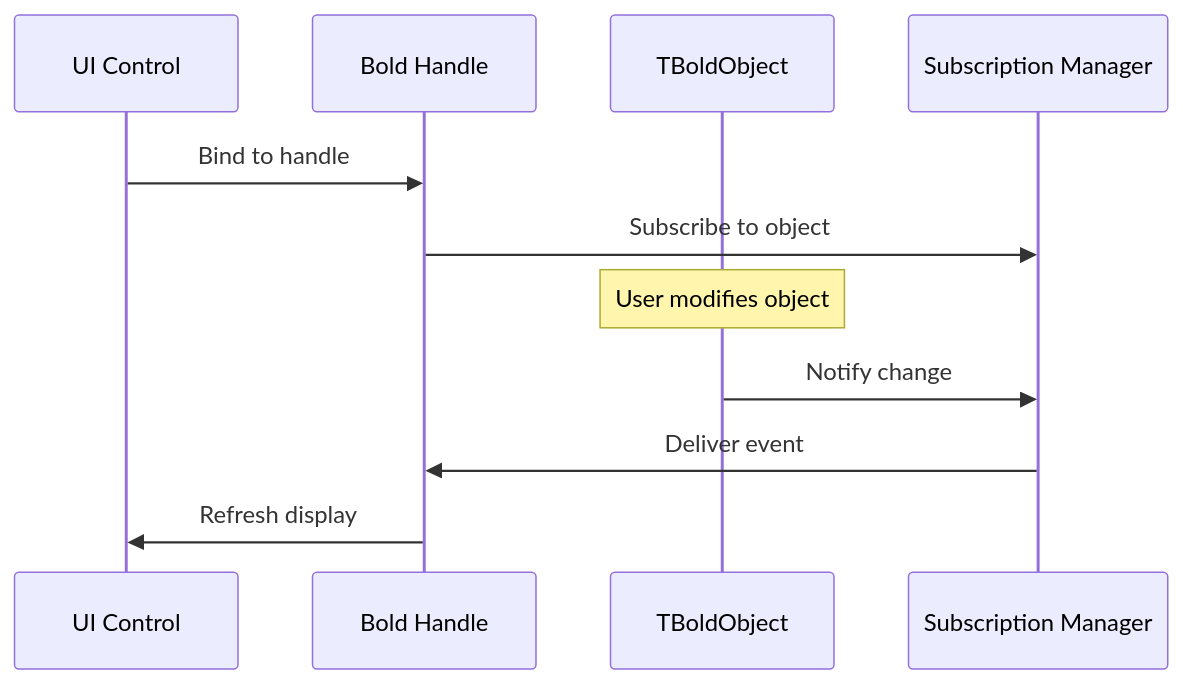
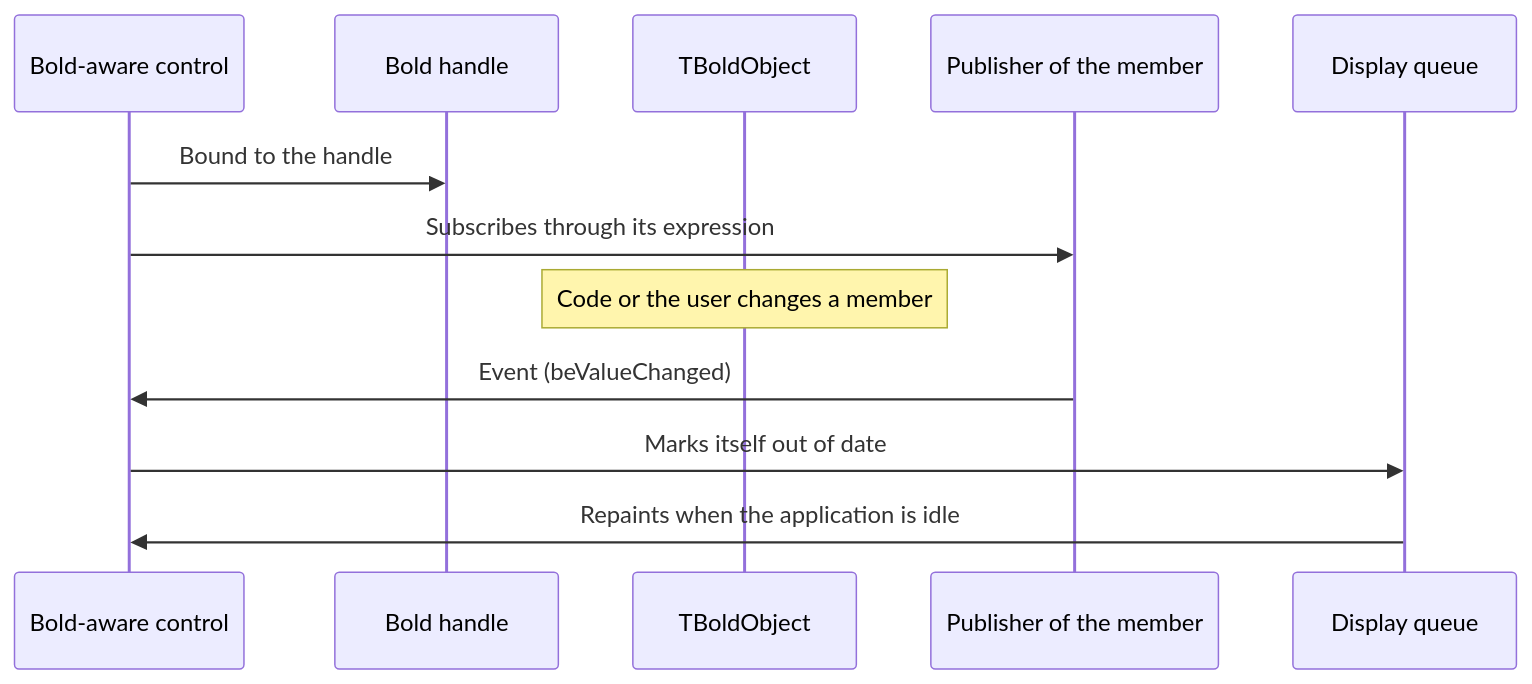
The first of 2 diagrams in docs/concepts/subscriptions.md (bero/BoldForDelphi), drawn with Mermaid before and after one commit. The commit also changed other lines of this file and 43 other files, not shown here.

````diff
--- a/docs/concepts/subscriptions.md
+++ b/docs/concepts/subscriptions.md
@@ -7,14 +11,15 @@
 ```mermaid
 sequenceDiagram
-    participant UI as UI Control
-    participant Handle as Bold Handle
+    participant UI as Bold-aware control
+    participant Handle as Bold handle
     participant Object as TBoldObject
-    participant Sub as Subscription Manager
+    participant Pub as Publisher of the member
+    participant Queue as Display queue
 
-    UI->>Handle: Bind to handle
-    Handle->>Sub: Subscribe to object
-    Note over Object: User modifies object
-    Object->>Sub: Notify change
-    Sub->>Handle: Deliver event
-    Handle->>UI: Refresh display
+    UI->>Handle: Bound to the handle
+    UI->>Pub: Subscribes through its expression
+    Note over Object: Code or the user changes a member
+    Pub->>UI: Event (beValueChanged)
+    UI->>Queue: Marks itself out of date
+    Queue->>UI: Repaints when the application is idle
 ```
````
